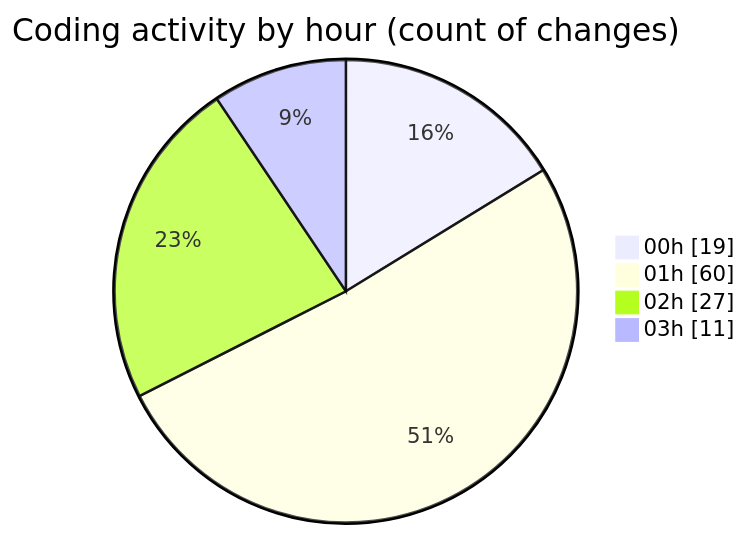
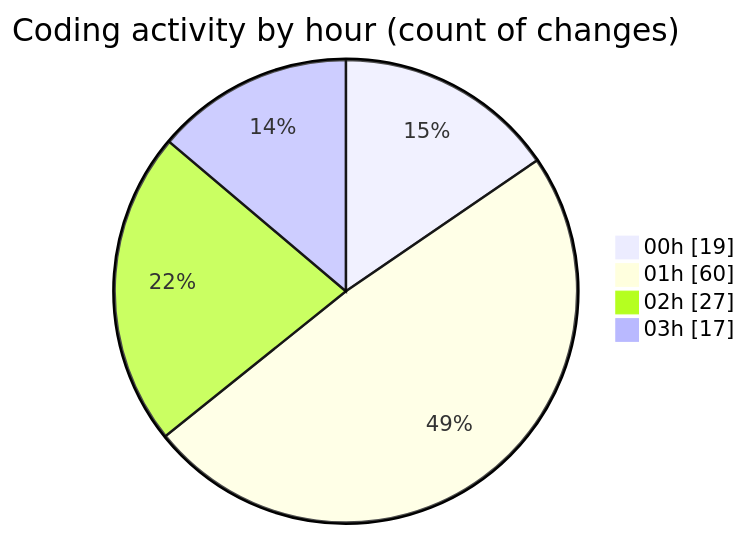
Before and after one commit to lephambinh05/code-tracking: the second of 2 diagrams in 2025-07-25/quanlyrapchieuphim-1/README.md, drawn with Mermaid. The commit also changed other lines of this file and 1 other file, not shown here.

````diff
--- a/2025-07-25/quanlyrapchieuphim-1/README.md
+++ b/2025-07-25/quanlyrapchieuphim-1/README.md
@@ -33,8 +35,8 @@
 ```mermaid
 pie showData
 title Coding activity by hour (count of changes)
 "00h" : 19
 "01h" : 60
 "02h" : 27
-"03h" : 11
+"03h" : 17
 ```
````
